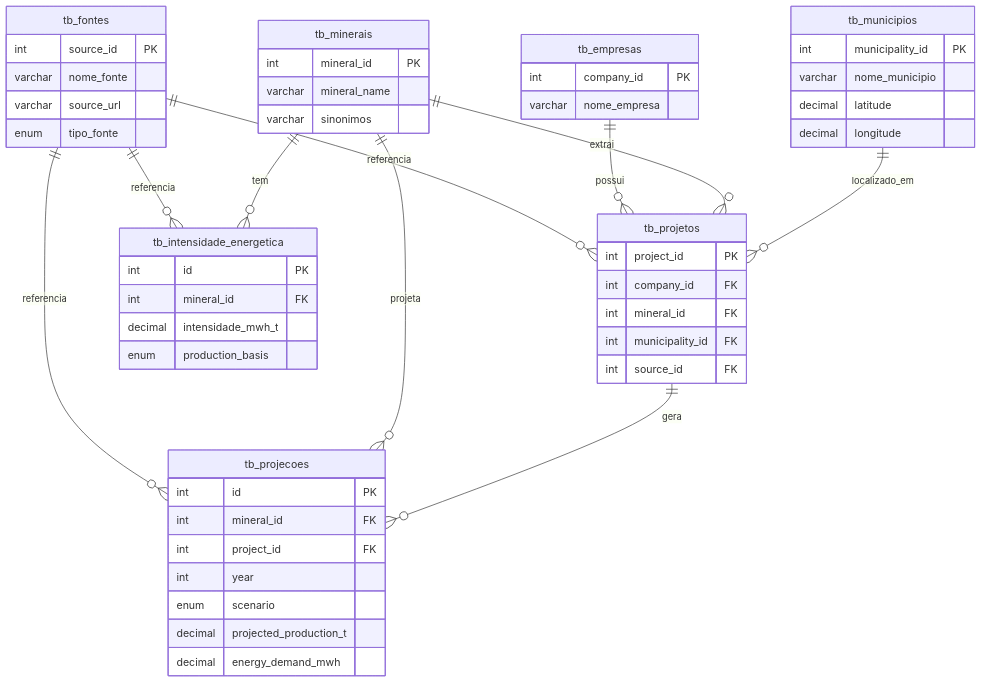
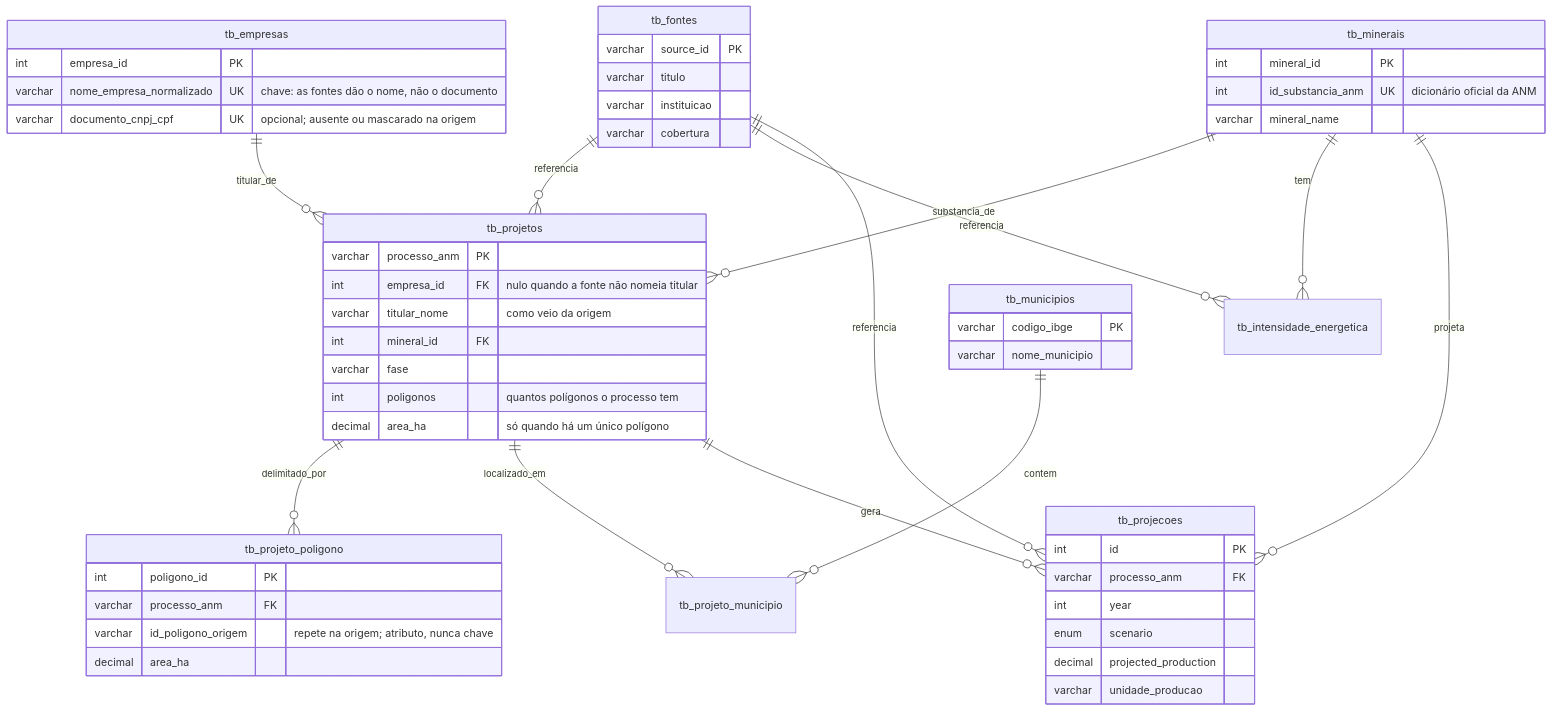
One commit to Federico408/minera-goias changed the diagram in Squad 3/documentacao/modelo_er.md. Above: the diagram before and after it, drawn with Mermaid. The commit also changed other lines of this file and 10 other files, not shown here.

````diff
--- a/Squad 3/documentacao/modelo_er.md
+++ b/Squad 3/documentacao/modelo_er.md
@@ -1,56 +5,58 @@
 ```mermaid
 erDiagram
     tb_fontes ||--o{ tb_projetos : referencia
     tb_fontes ||--o{ tb_intensidade_energetica : referencia
     tb_fontes ||--o{ tb_projecoes : referencia
-    tb_empresas ||--o{ tb_projetos : possui
-    tb_minerais ||--o{ tb_projetos : extrai
+    tb_empresas ||--o{ tb_projetos : titular_de
+    tb_minerais ||--o{ tb_projetos : substancia_de
     tb_minerais ||--o{ tb_intensidade_energetica : tem
     tb_minerais ||--o{ tb_projecoes : projeta
-    tb_municipios ||--o{ tb_projetos : localizado_em
+    tb_projetos ||--o{ tb_projeto_poligono : delimitado_por
+    tb_projetos ||--o{ tb_projeto_municipio : localizado_em
+    tb_municipios ||--o{ tb_projeto_municipio : contem
     tb_projetos ||--o{ tb_projecoes : gera
 
     tb_fontes {
-        int source_id PK
-        varchar nome_fonte
-        varchar source_url
-        enum tipo_fonte
+        varchar source_id PK
+        varchar titulo
+        varchar instituicao
+        varchar cobertura
     }
     tb_municipios {
-        int municipality_id PK
+        varchar codigo_ibge PK
         varchar nome_municipio
-        decimal latitude
-        decimal longitude
     }
     tb_minerais {
         int mineral_id PK
+        int id_substancia_anm UK "dicionário oficial da ANM"
         varchar mineral_name
-        varchar sinonimos
     }
     tb_empresas {
-        int company_id PK
-        varchar nome_empresa
+        int empresa_id PK
+        varchar nome_empresa_normalizado UK "chave: as fontes dão o nome, não o documento"
+        varchar documento_cnpj_cpf UK "opcional; ausente ou mascarado na origem"
     }
     tb_projetos {
-        int project_id PK
-        int company_id FK
+        varchar processo_anm PK
+        int empresa_id FK "nulo quando a fonte não nomeia titular"
+        varchar titular_nome "como veio da origem"
         int mineral_id FK
-        int municipality_id FK
-        int source_id FK
+        varchar fase
+        int poligonos "quantos polígonos o processo tem"
+        decimal area_ha "só quando há um único polígono"
     }
-    tb_intensidade_energetica {
-        int id PK
-        int mineral_id FK
-        decimal intensidade_mwh_t
-        enum production_basis
+    tb_projeto_poligono {
+        int poligono_id PK
+        varchar processo_anm FK
+        varchar id_poligono_origem "repete na origem; atributo, nunca chave"
+        decimal area_ha
     }
     tb_projecoes {
         int id PK
-        int mineral_id FK
-        int project_id FK
+        varchar processo_anm FK
         int year
         enum scenario
-        decimal projected_production_t
-        decimal energy_demand_mwh
+        decimal projected_production
+        varchar unidade_producao
     }
 ```
````
